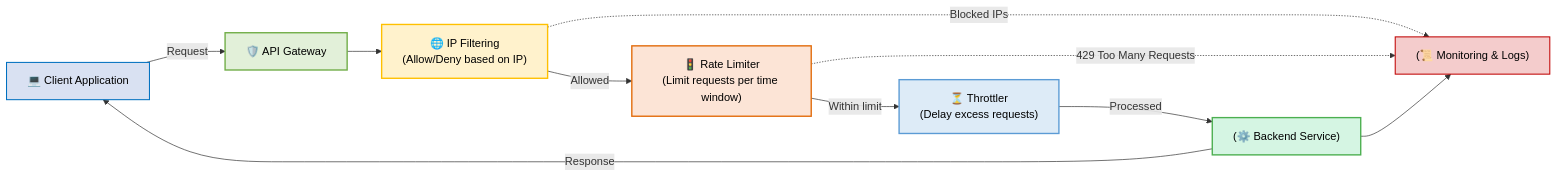
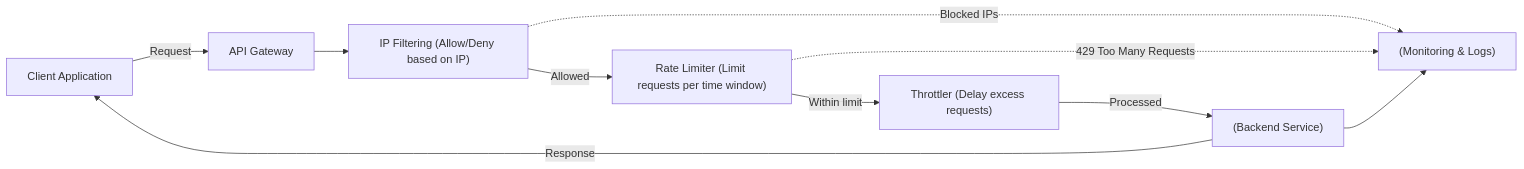
Diagram 11 of 14 in System_Design/10 - Security in System Design – Principles, Practices & Protocols.md (Charikshith/Learing_System_Design), drawn with Mermaid before and after one commit. The commit also changed other lines of this file and 41 other files, not shown here.

````diff
--- a/System_Design/10 - Security in System Design – Principles, Practices & Protocols.md
+++ b/System_Design/10 - Security in System Design – Principles, Practices & Protocols.md
@@ -1352,30 +869,20 @@
 ```mermaid
 flowchart LR
-    Client["💻 Client Application"]
-    Gateway["🛡️ API Gateway"]
-    IPFilter["🌐 IP Filtering<br/>(Allow/Deny based on IP)"]
-    RateLimit["🚦 Rate Limiter<br/>(Limit requests per time window)"]
-    Throttle["⏳ Throttler<br/>(Delay excess requests)"]
-    Backend["(⚙️ Backend Service)"]
-    Logs["(📜 Monitoring & Logs)"]
+    Client["Client Application"]
+    Gateway["API Gateway"]
+    IPFilter["IP Filtering (Allow/Deny based on IP)"]
+    RateLimit["Rate Limiter (Limit requests per time window)"]
+    Throttle["Throttler (Delay excess requests)"]
+    Backend["(Backend Service)"]
+    Logs["(Monitoring & Logs)"]
 
     Client -->|Request| Gateway
     Gateway --> IPFilter
     IPFilter -->|Allowed| RateLimit
     IPFilter -.->|Blocked IPs| Logs
     RateLimit -->|Within limit| Throttle
     RateLimit -.->|429 Too Many Requests| Logs
     Throttle -->|Processed| Backend
     Backend -->|Response| Client
     Backend --> Logs
-
-    %% Styling
-    style Client fill:#d9e1f2,stroke:#0070c0,stroke-width:1.5px,color:black;
-    style Gateway fill:#e2f0d9,stroke:#70ad47,stroke-width:2px,color:black;
-    style IPFilter fill:#fff2cc,stroke:#ffc000,stroke-width:2px,color:black;
-    style RateLimit fill:#fce4d6,stroke:#e26b0a,stroke-width:2px,color:black;
-    style Throttle fill:#ddebf7,stroke:#5b9bd5,stroke-width:2px,color:black;
-    style Backend fill:#d5f5e3,stroke:#4CAF50,stroke-width:2px,color:black;
-    style Logs fill:#f4cccc,stroke:#c00000,stroke-width:1.5px,color:black;
-
 ```
````
